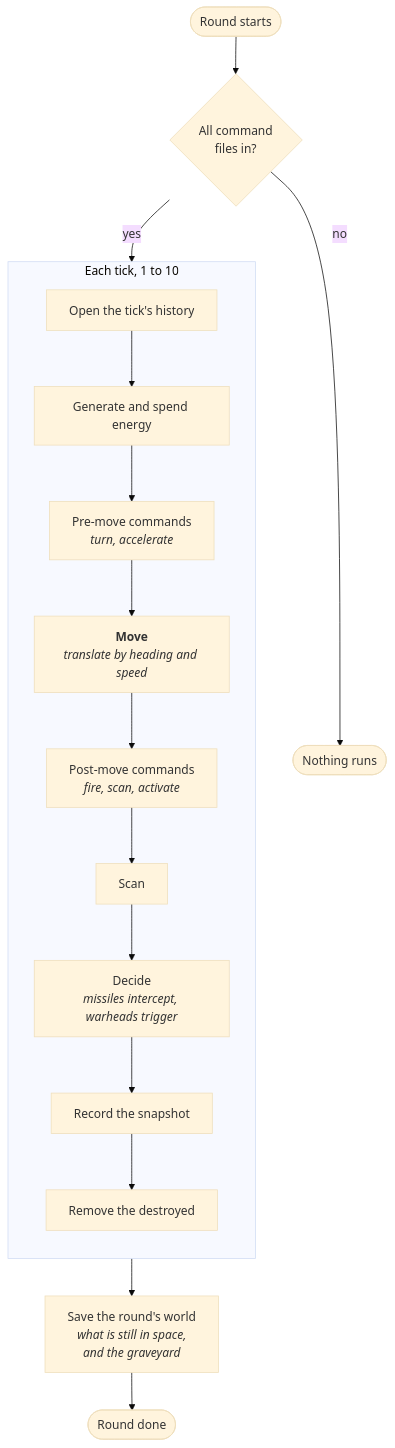
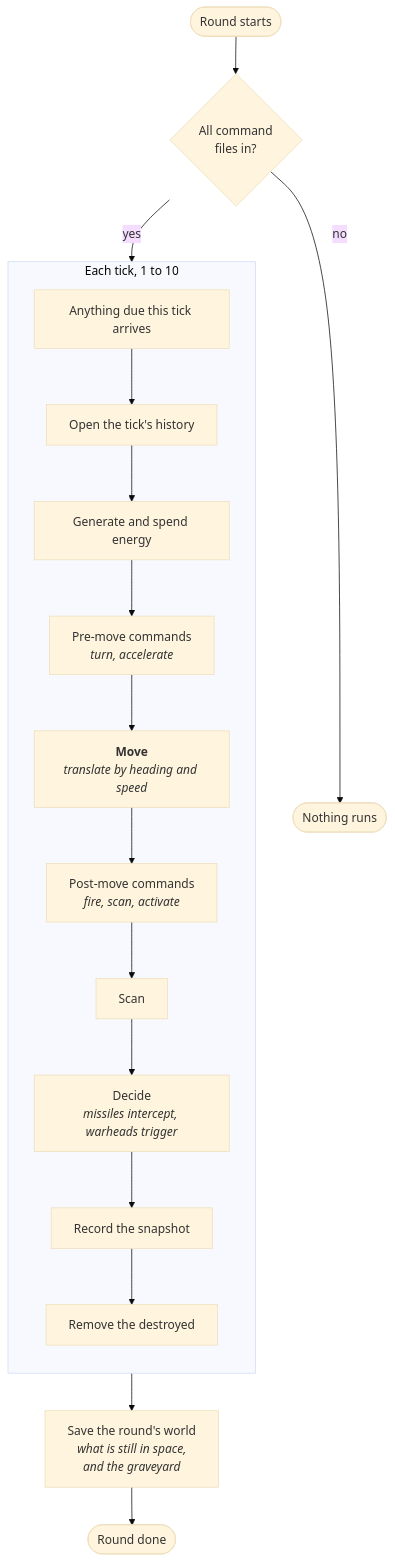
Before and after one commit to sbeaumont/starship-arena: the second of 2 diagrams in docs/architecture.md, drawn with Mermaid (base theme). The commit also changed other lines of this file and 5 other files, not shown here.

````diff
--- a/docs/architecture.md
+++ b/docs/architecture.md
@@ -108,21 +108,22 @@
 ```mermaid
 flowchart TD
     Start([Round starts]) --> Check{"All command<br/>files in?"}
     Check -->|no| Stop([Nothing runs])
     Check -->|yes| Tick
 
     subgraph Tick ["Each tick, 1 to 10"]
         direction TB
-        H["Open the tick's history"] --> E["Generate and spend energy"]
+        Arrive["Anything due this tick arrives"] --> H["Open the tick's history"]
+        H --> E["Generate and spend energy"]
         E --> PreCmd["Pre-move commands<br/><i>turn, accelerate</i>"]
         PreCmd --> Move["<b>Move</b><br/><i>translate by heading and speed</i>"]
         Move --> PostCmd["Post-move commands<br/><i>fire, scan, activate</i>"]
         PostCmd --> Scan["Scan"]
         Scan --> Decide["Decide<br/><i>missiles intercept, warheads trigger</i>"]
         Decide --> Snap["Record the snapshot"]
         Snap --> Reap["Remove the destroyed"]
     end
 
     Tick --> Save["Save the round's world<br/><i>what is still in space,<br/>and the graveyard</i>"]
     Save --> Done([Round done])
 ```
````
